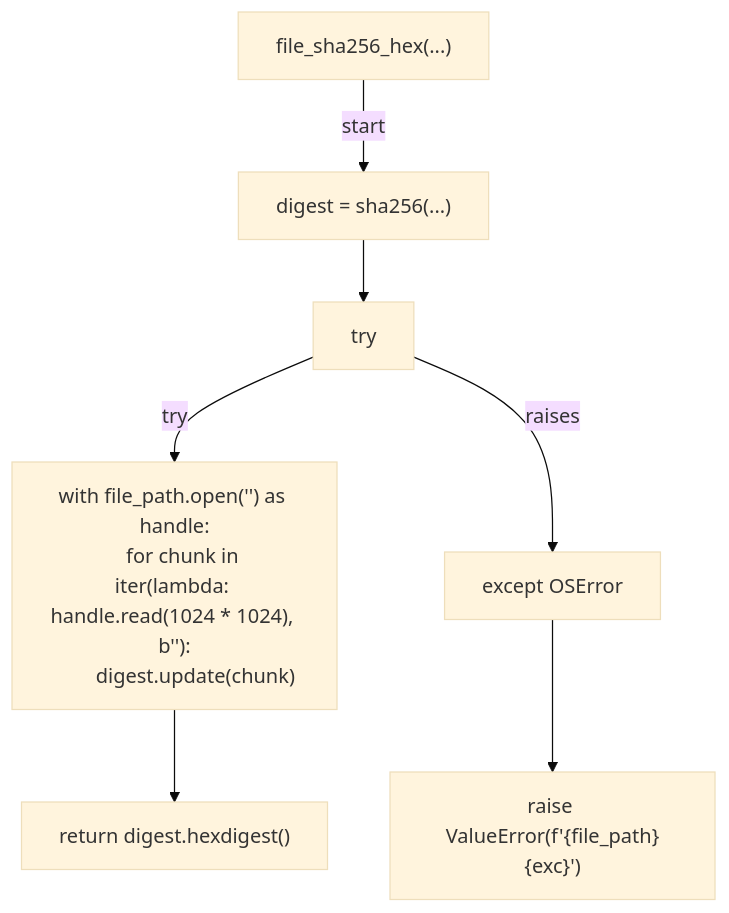
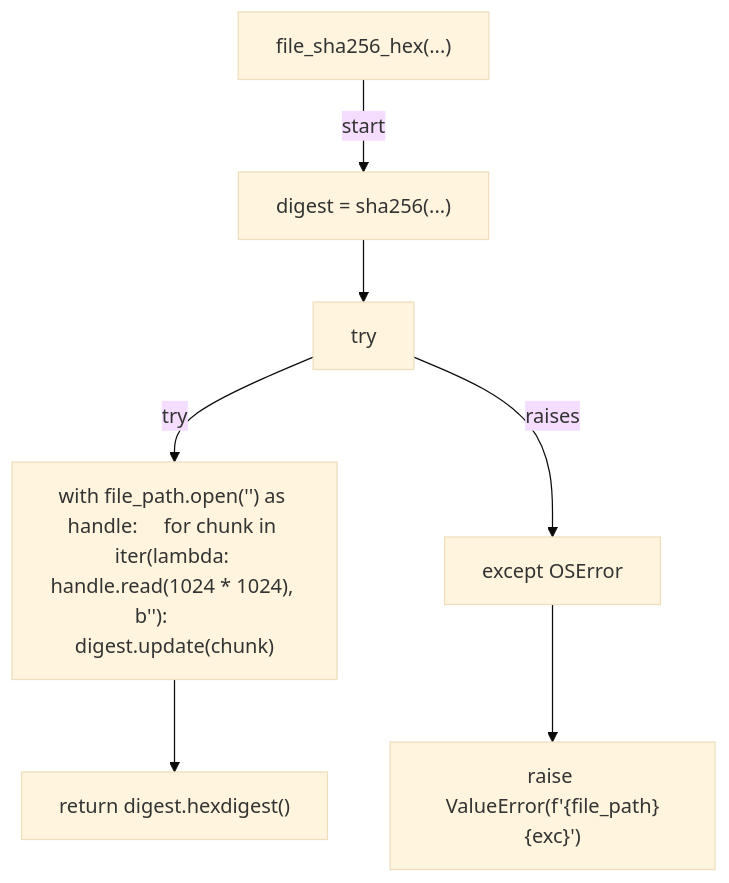
The second of 4 diagrams in docs/generated/scripts/ast/uv_download_checksum.md (tvna/claude-md), drawn with Mermaid (base theme) before and after one commit. The commit also changed 15 other files, not shown here.

First line of the commit message:
docs(generated): regenerate decision tree and workflow diagrams (batch 5/5)

````diff
--- a/docs/generated/scripts/ast/uv_download_checksum.md
+++ b/docs/generated/scripts/ast/uv_download_checksum.md
@@ -44,18 +44,16 @@
 ```mermaid
 flowchart TD
     N001["file_sha256_hex(...)"]
     N002["digest = sha256(...)"]
     N003["try"]
-    N004["with file_path.open('<str>') as handle:
-    for chunk in iter(lambda: handle.read(1024 * 1024), b''):
-        digest.update(chunk)"]
+    N004["with file_path.open('<str>') as handle:     for chunk in iter(lambda: handle.read(1024 * 1024), b''):         digest.update(chunk)"]
     N005["except OSError"]
     N006["raise ValueError(f'<str>{file_path}<str>{exc}')"]
     N007["return digest.hexdigest()"]
     N001 -->|"start"| N002
     N002 --> N003
     N003 -->|"try"| N004
     N003 -->|"raises"| N005
     N005 --> N006
     N004 --> N007
 ```
````
